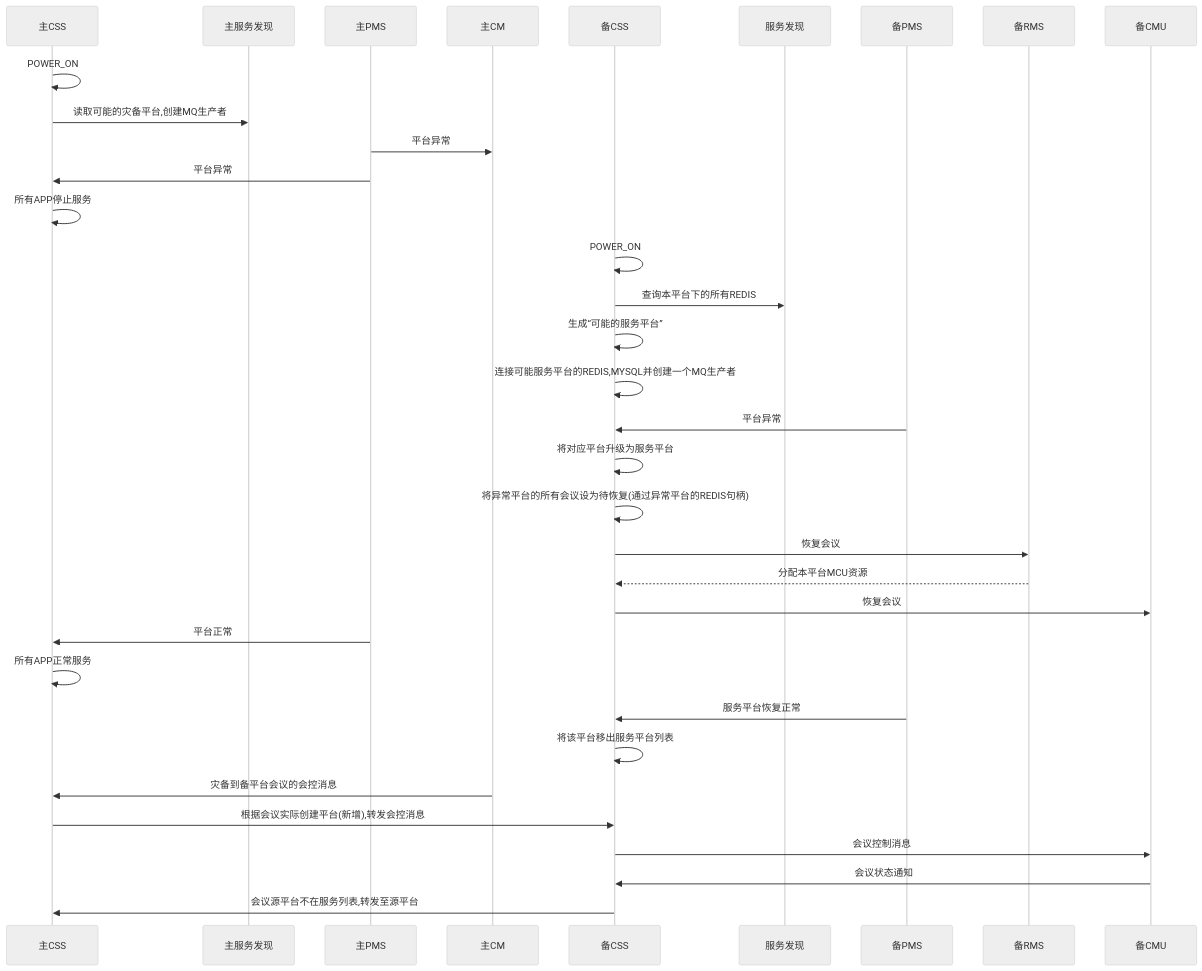
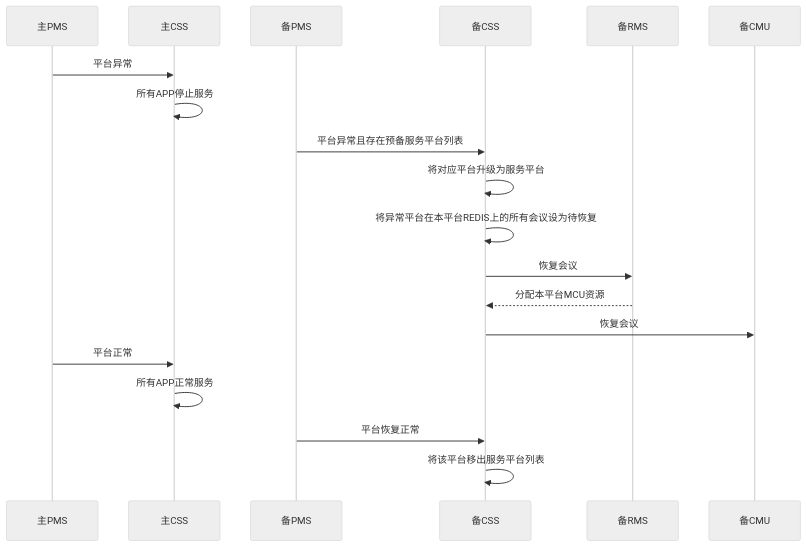
Before and after one commit to github188/w_doc: the fifth of 5 diagrams in x需求_/5.1sp4css/5.1sp4css概要设计.md, drawn with Mermaid (neutral theme). The commit also changed other lines of this file and 3 other files, not shown here.

````diff
--- a/x需求_/5.1sp4css/5.1sp4css概要设计.md
+++ b/x需求_/5.1sp4css/5.1sp4css概要设计.md
@@ -163,27 +171,15 @@
 ```mermaid
 sequenceDiagram
-主CSS->>主CSS: POWER_ON
-主CSS->>主服务发现: 读取可能的灾备平台,创建MQ生产者
-主PMS->>主CM: 平台异常
 主PMS->>主CSS: 平台异常
 主CSS->>主CSS: 所有APP停止服务
-备CSS->>备CSS: POWER_ON
-备CSS->>服务发现: 查询本平台下的所有REDIS
-备CSS->>备CSS: 生成“可能的服务平台”
-备CSS->>备CSS: 连接可能服务平台的REDIS,MYSQL并创建一个MQ生产者
-备PMS->>备CSS: 平台异常
+备PMS->>备CSS: 平台异常且存在预备服务平台列表
 备CSS->>备CSS: 将对应平台升级为服务平台
-备CSS->>备CSS: 将异常平台的所有会议设为待恢复(通过异常平台的REDIS句柄)
+备CSS->>备CSS: 将异常平台在本平台REDIS上的所有会议设为待恢复
 备CSS->>备RMS: 恢复会议
 备RMS-->>备CSS: 分配本平台MCU资源
 备CSS->>备CMU: 恢复会议
 主PMS->>主CSS: 平台正常
 主CSS->>主CSS: 所有APP正常服务
-备PMS->>备CSS: 服务平台恢复正常
+备PMS->>备CSS: 平台恢复正常
 备CSS->>备CSS: 将该平台移出服务平台列表
-主CM->>主CSS:  灾备到备平台会议的会控消息
-主CSS->>备CSS: 根据会议实际创建平台(新增),转发会控消息
-备CSS->>备CMU: 会议控制消息
-备CMU->>备CSS: 会议状态通知
-备CSS->>主CSS: 会议源平台不在服务列表,转发至源平台
 ```
````
